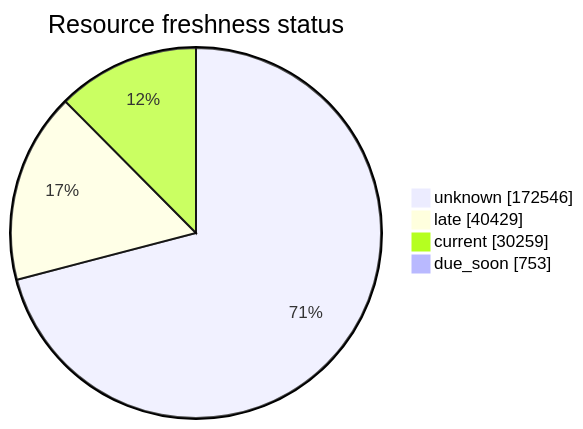
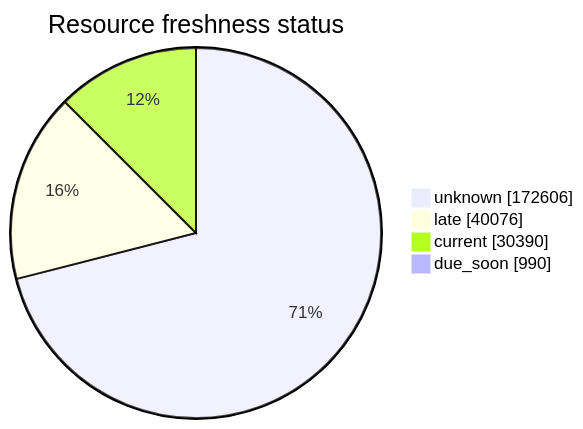
The third of 5 diagrams in FreshCheck/README.md (open-data/analytics-corporate-reporting), drawn with Mermaid before and after one commit. The commit also changed other lines of this file and 3 other files, not shown here.

````diff
--- a/FreshCheck/README.md
+++ b/FreshCheck/README.md
@@ -78,7 +78,7 @@
 ```mermaid
 pie showData title Resource freshness status
-    "unknown": 172546
-    "late": 40429
-    "current": 30259
-    "due_soon": 753
+    "unknown": 172606
+    "late": 40076
+    "current": 30390
+    "due_soon": 990
 ```
````
